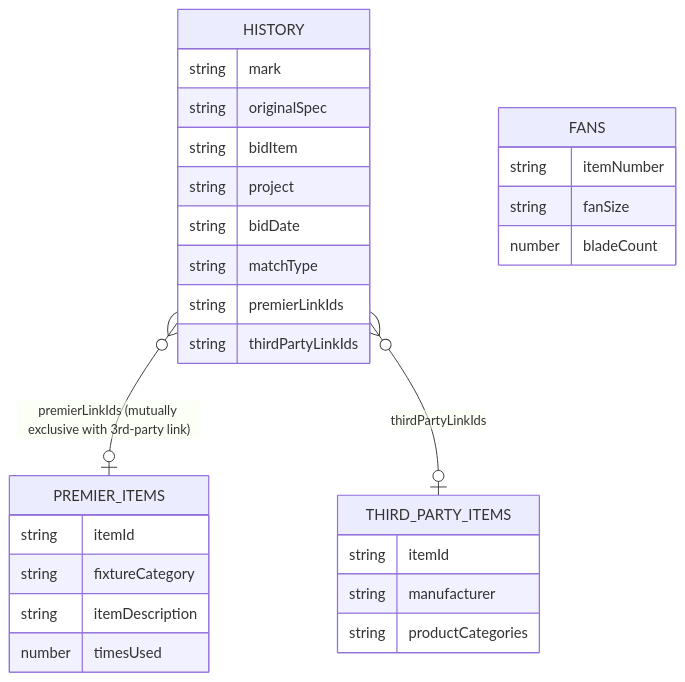
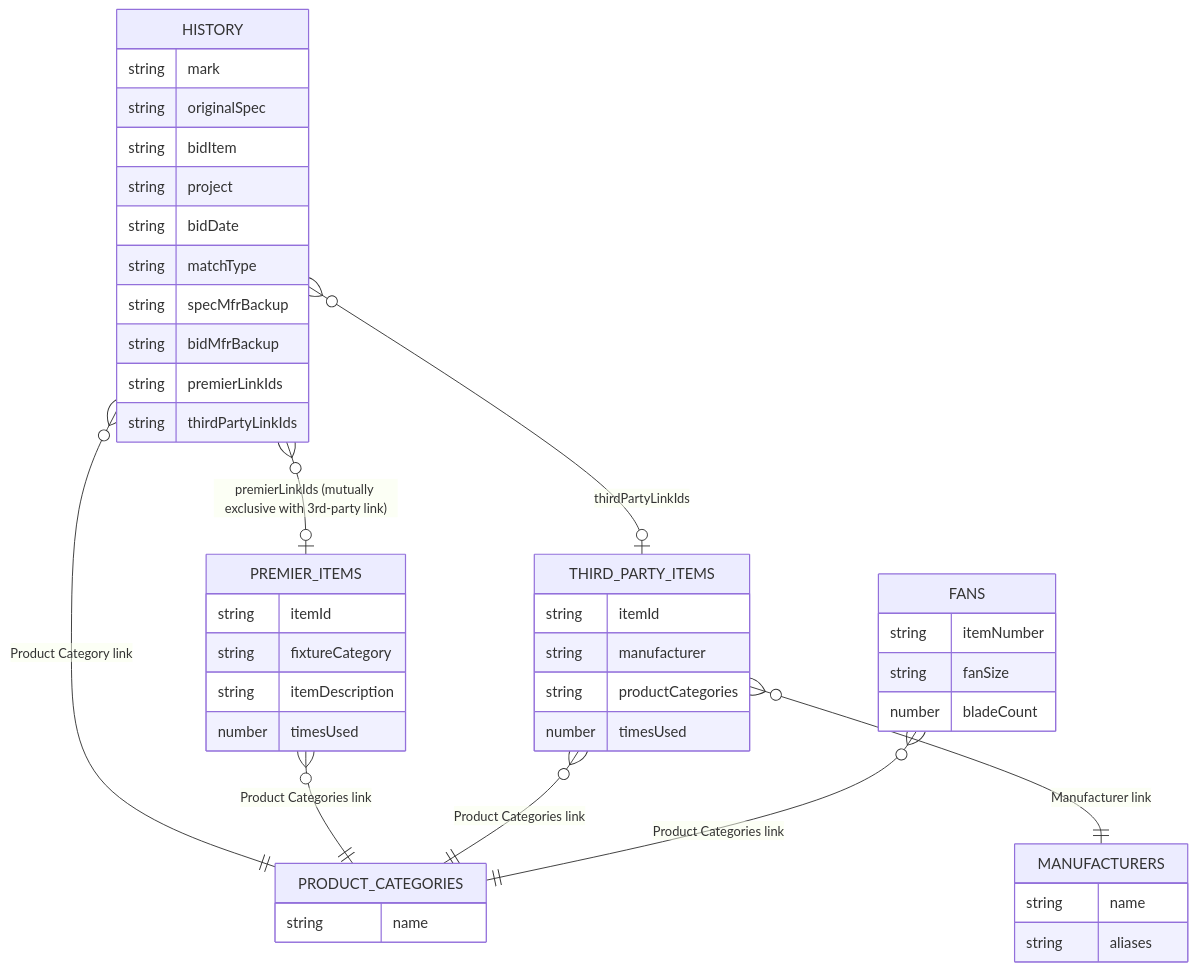
The diagram in openwiki/data/airtable-integration.md (jesseww07/estimating_optimization), drawn with Mermaid before and after one commit. The commit also changed other lines of this file and 23 other files, not shown here.

````diff
--- a/openwiki/data/airtable-integration.md
+++ b/openwiki/data/airtable-integration.md
@@ -17,31 +38,46 @@
 ```mermaid
 erDiagram
     HISTORY {
         string mark
         string originalSpec
         string bidItem
         string project
         string bidDate
         string matchType
+        string specMfrBackup
+        string bidMfrBackup
         string premierLinkIds
         string thirdPartyLinkIds
     }
     PREMIER_ITEMS {
         string itemId
         string fixtureCategory
         string itemDescription
         number timesUsed
     }
     THIRD_PARTY_ITEMS {
         string itemId
         string manufacturer
         string productCategories
+        number timesUsed
     }
     FANS {
         string itemNumber
         string fanSize
         number bladeCount
     }
+    PRODUCT_CATEGORIES {
+        string name
+    }
+    MANUFACTURERS {
+        string name
+        string aliases
+    }
     HISTORY }o--o| PREMIER_ITEMS : "premierLinkIds (mutually exclusive with 3rd-party link)"
     HISTORY }o--o| THIRD_PARTY_ITEMS : "thirdPartyLinkIds"
+    HISTORY }o--|| PRODUCT_CATEGORIES : "Product Category link"
+    PREMIER_ITEMS }o--|| PRODUCT_CATEGORIES : "Product Categories link"
+    THIRD_PARTY_ITEMS }o--|| PRODUCT_CATEGORIES : "Product Categories link"
+    FANS }o--|| PRODUCT_CATEGORIES : "Product Categories link"
+    THIRD_PARTY_ITEMS }o--|| MANUFACTURERS : "Manufacturer link"
 ```
````
